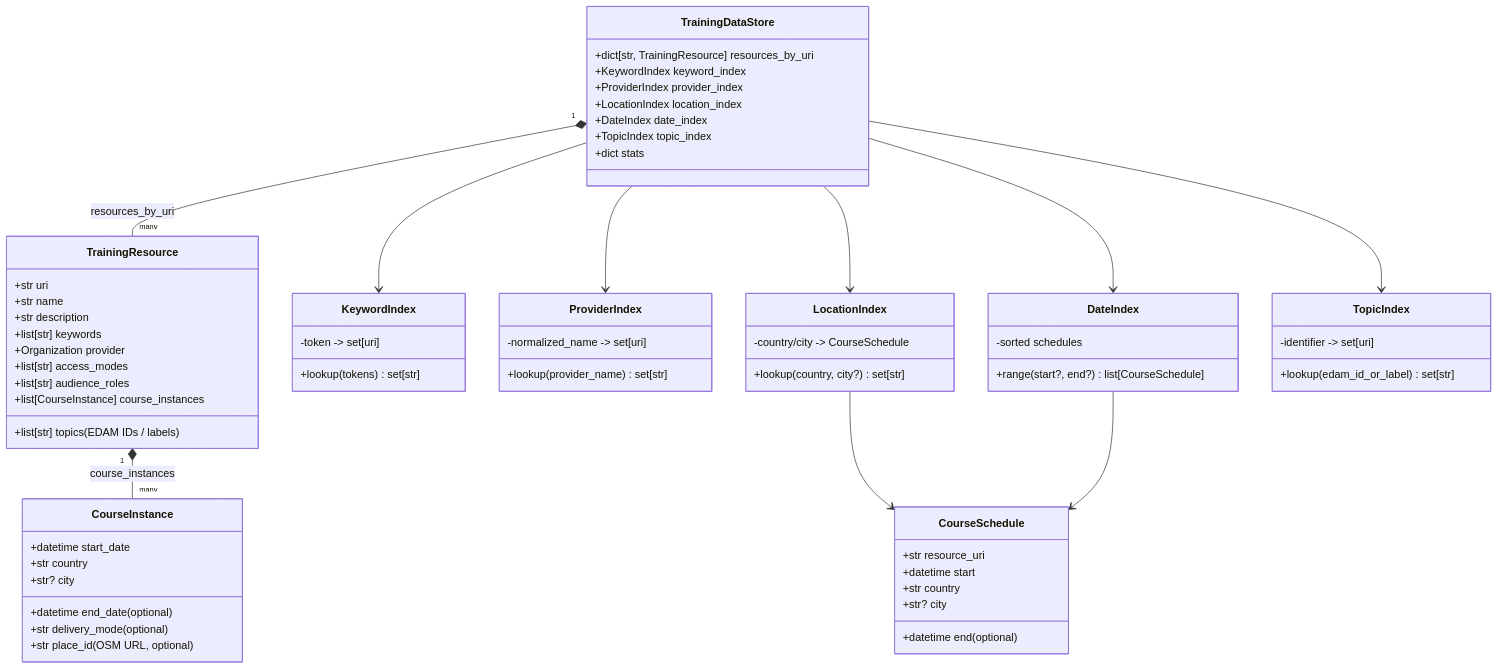
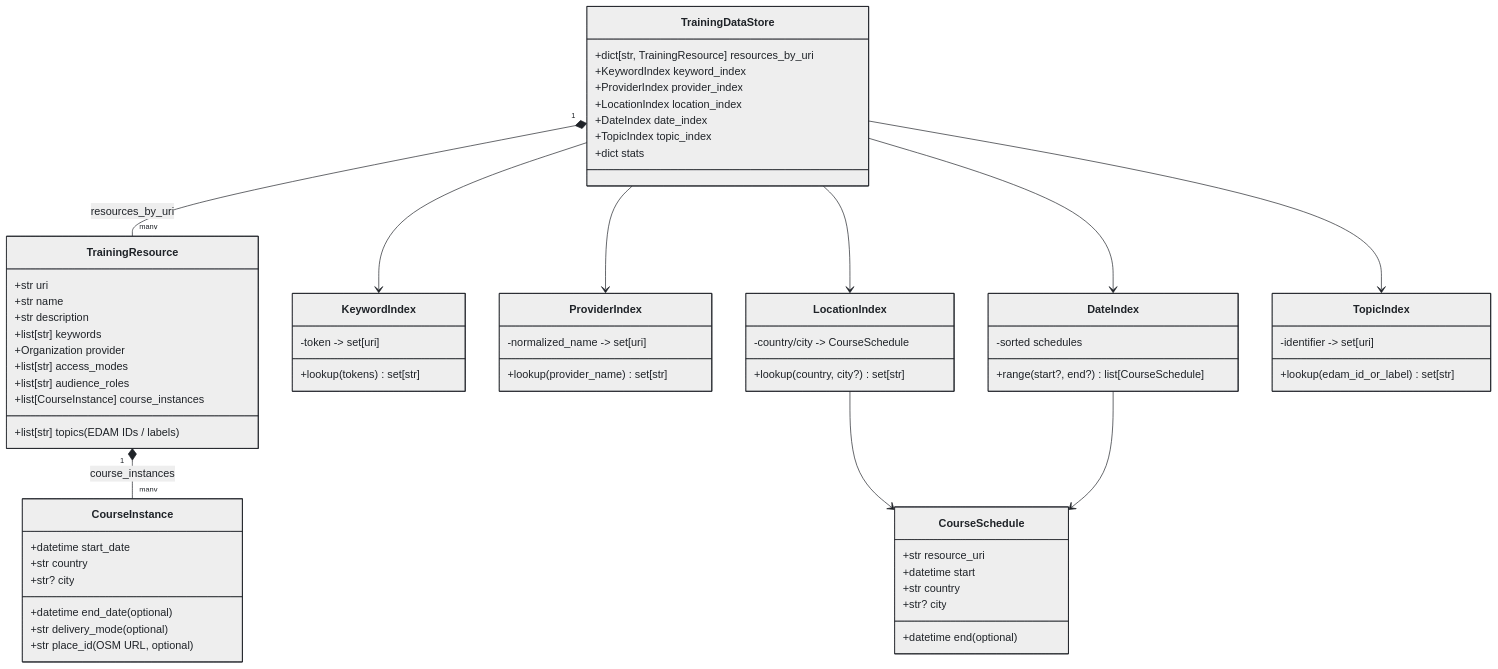
One commit to elixir-europe-training/ELIXIR-TrP-KG-training-metadata changed the diagram in docs/diagrams/data-model-indexes.mmd. Above: the diagram before and after it, drawn with Mermaid. The commit also changed 9 other files, not shown here.

Commit message:
add white background to all diagrams

```diff
--- a/docs/diagrams/data-model-indexes.mmd
+++ b/docs/diagrams/data-model-indexes.mmd
@@ -1,74 +1,86 @@
+%%{ init: { "theme": "neutral", "themeVariables": {
+    "background": "#ffffff",
+    "primaryColor": "#ffffff",
+    "primaryTextColor": "#1f2328",
+    "lineColor": "#1f2328",
+    "secondaryColor": "#e5f1ff",
+    "tertiaryColor": "#f8fcff",
+    "nodeBorder": "#1f2328",
+    "edgeLabelBackground": "#ffffff",
+    "noteBkgColor": "#fefefe",
+    "noteTextColor": "#1f2328"
+} } }%%
 classDiagram
     class TrainingResource {
         +str uri
         +str name
         +str description
         +list[str] keywords
         +list[str] topics (EDAM IDs / labels)
         +Organization provider
         +list[str] access_modes
         +list[str] audience_roles
         +list[CourseInstance] course_instances
     }
 
     class CourseInstance {
         +datetime start_date
         +datetime end_date (optional)
         +str delivery_mode (optional)
         +str country
         +str? city
         +str place_id (OSM URL, optional)
     }
 
     class KeywordIndex {
         +lookup(tokens) set[str]
         -token -> set[uri]
     }
 
     class ProviderIndex {
         +lookup(provider_name) set[str]
         -normalized_name -> set[uri]
     }
 
     class LocationIndex {
         +lookup(country, city?) set[str]
         -country/city -> CourseSchedule
     }
 
     class DateIndex {
         +range(start?, end?) list[CourseSchedule]
         -sorted schedules
     }
 
     class TopicIndex {
         +lookup(edam_id_or_label) set[str]
         -identifier -> set[uri]
     }
 
     class CourseSchedule {
         +str resource_uri
         +datetime start
         +datetime end (optional)
         +str country
         +str? city
     }
 
     class TrainingDataStore {
         +dict[str, TrainingResource] resources_by_uri
         +KeywordIndex keyword_index
         +ProviderIndex provider_index
         +LocationIndex location_index
         +DateIndex date_index
         +TopicIndex topic_index
         +dict stats
     }
 
     TrainingResource "1" *-- "many" CourseInstance : course_instances
     TrainingDataStore "1" *-- "many" TrainingResource : resources_by_uri
     TrainingDataStore --> KeywordIndex
     TrainingDataStore --> ProviderIndex
     TrainingDataStore --> LocationIndex
     TrainingDataStore --> DateIndex
     TrainingDataStore --> TopicIndex
     LocationIndex --> CourseSchedule
     DateIndex --> CourseSchedule
```
